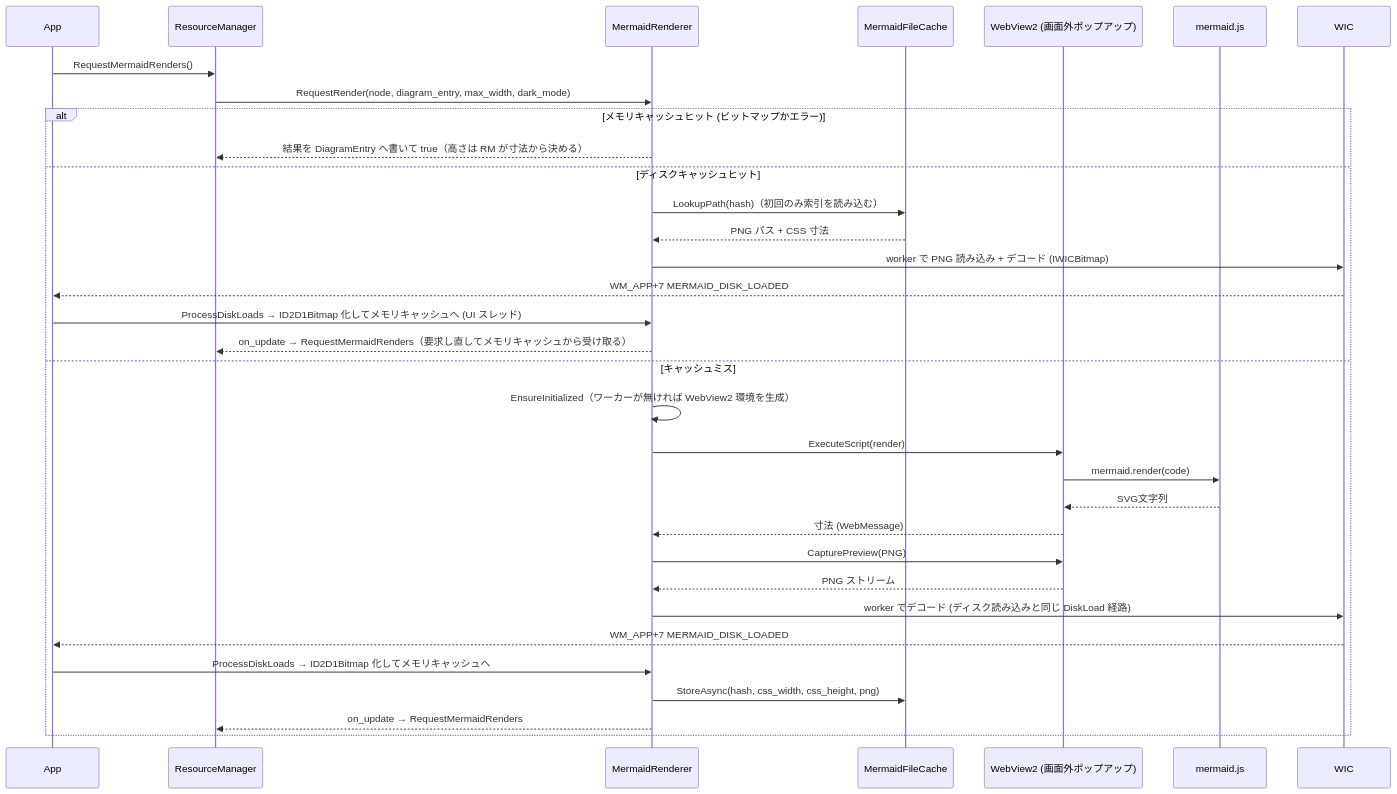
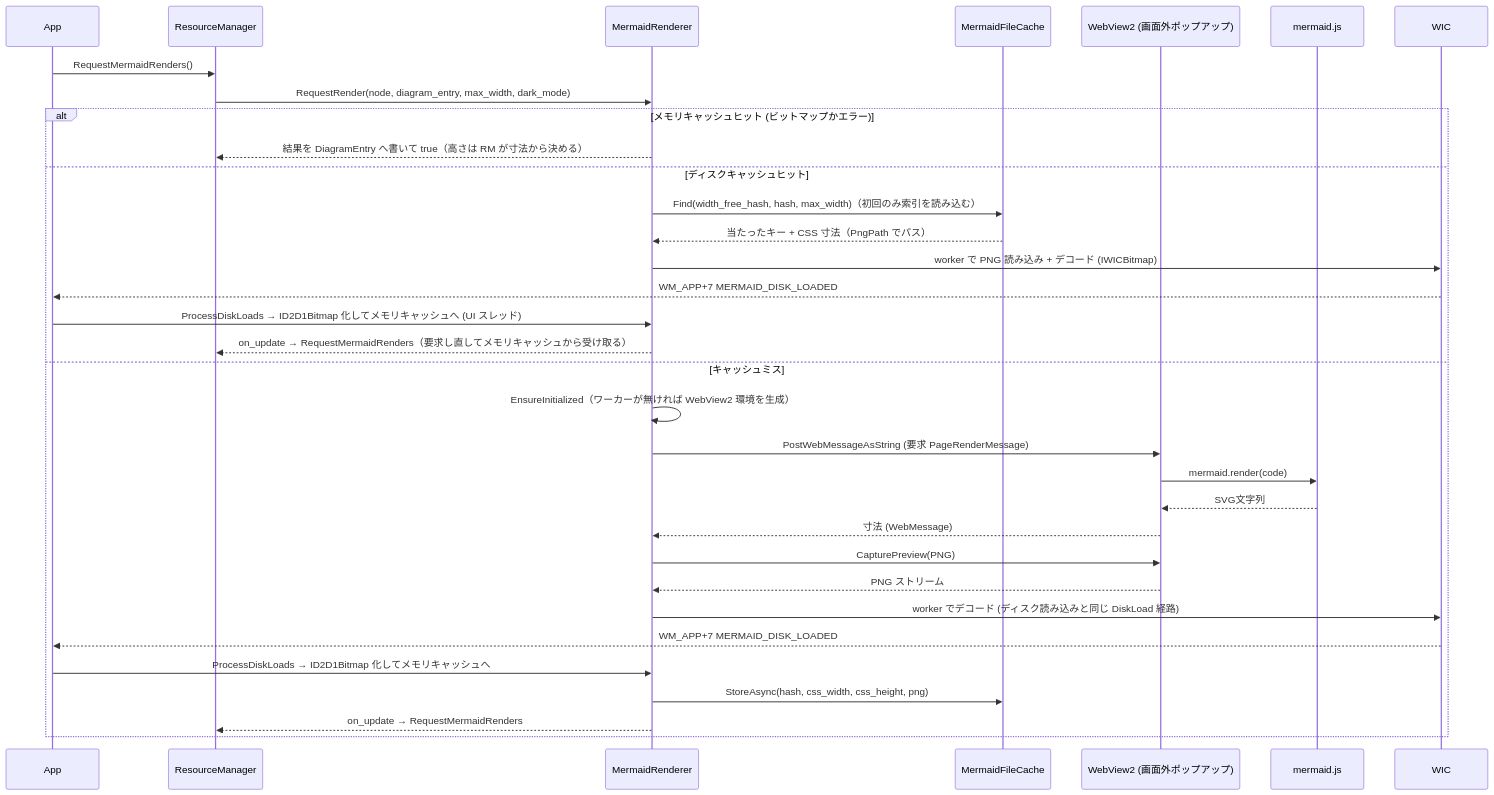
One commit to tanaton/mendo changed diagram 11 of 27 in example/test.md. Above: the diagram before and after it, drawn with Mermaid. The commit also changed other lines of this file and 119 other files, not shown here.

````diff
--- a/example/test.md
+++ b/example/test.md
@@ -1531,36 +1571,36 @@
 ```mermaid
 sequenceDiagram
     participant APP as App
     participant RM as ResourceManager
     participant MR as MermaidRenderer
     participant FC as MermaidFileCache
     participant WV as WebView2 (画面外ポップアップ)
     participant JS as mermaid.js
     participant WIC as WIC
 
     APP->>RM: RequestMermaidRenders()
     RM->>MR: RequestRender(node, diagram_entry, max_width, dark_mode)
     alt メモリキャッシュヒット (ビットマップかエラー)
         MR-->>RM: 結果を DiagramEntry へ書いて true（高さは RM が寸法から決める）
     else ディスクキャッシュヒット
-        MR->>FC: LookupPath(hash)（初回のみ索引を読み込む）
-        FC-->>MR: PNG パス + CSS 寸法
+        MR->>FC: Find(width_free_hash, hash, max_width)（初回のみ索引を読み込む）
+        FC-->>MR: 当たったキー + CSS 寸法（PngPath でパス）
         MR->>WIC: worker で PNG 読み込み + デコード (IWICBitmap)
         WIC-->>APP: WM_APP+7 MERMAID_DISK_LOADED
         APP->>MR: ProcessDiskLoads → ID2D1Bitmap 化してメモリキャッシュへ (UI スレッド)
         MR-->>RM: on_update → RequestMermaidRenders（要求し直してメモリキャッシュから受け取る）
     else キャッシュミス
         MR->>MR: EnsureInitialized（ワーカーが無ければ WebView2 環境を生成）
-        MR->>WV: ExecuteScript(render)
+        MR->>WV: PostWebMessageAsString (要求 PageRenderMessage)
         WV->>JS: mermaid.render(code)
         JS-->>WV: SVG文字列
         WV-->>MR: 寸法 (WebMessage)
         MR->>WV: CapturePreview(PNG)
         WV-->>MR: PNG ストリーム
         MR->>WIC: worker でデコード (ディスク読み込みと同じ DiskLoad 経路)
         WIC-->>APP: WM_APP+7 MERMAID_DISK_LOADED
         APP->>MR: ProcessDiskLoads → ID2D1Bitmap 化してメモリキャッシュへ
         MR->>FC: StoreAsync(hash, css_width, css_height, png)
         MR-->>RM: on_update → RequestMermaidRenders
     end
 ```
````
